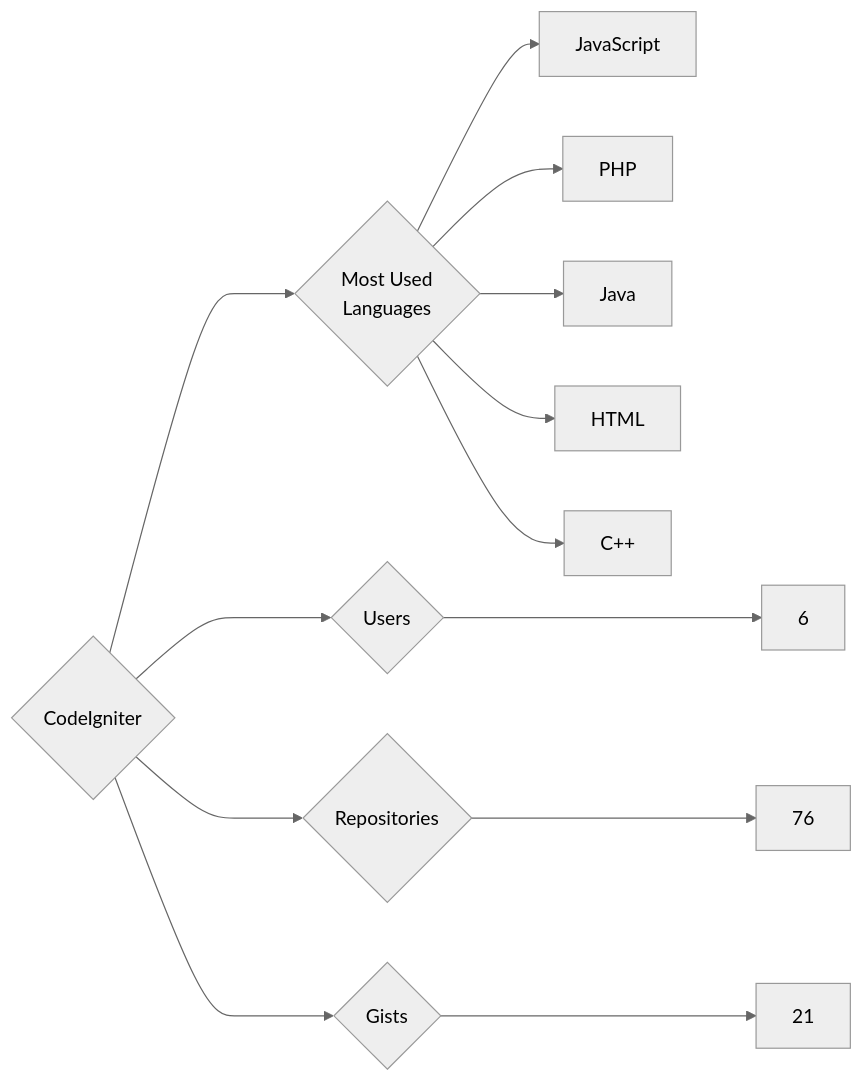
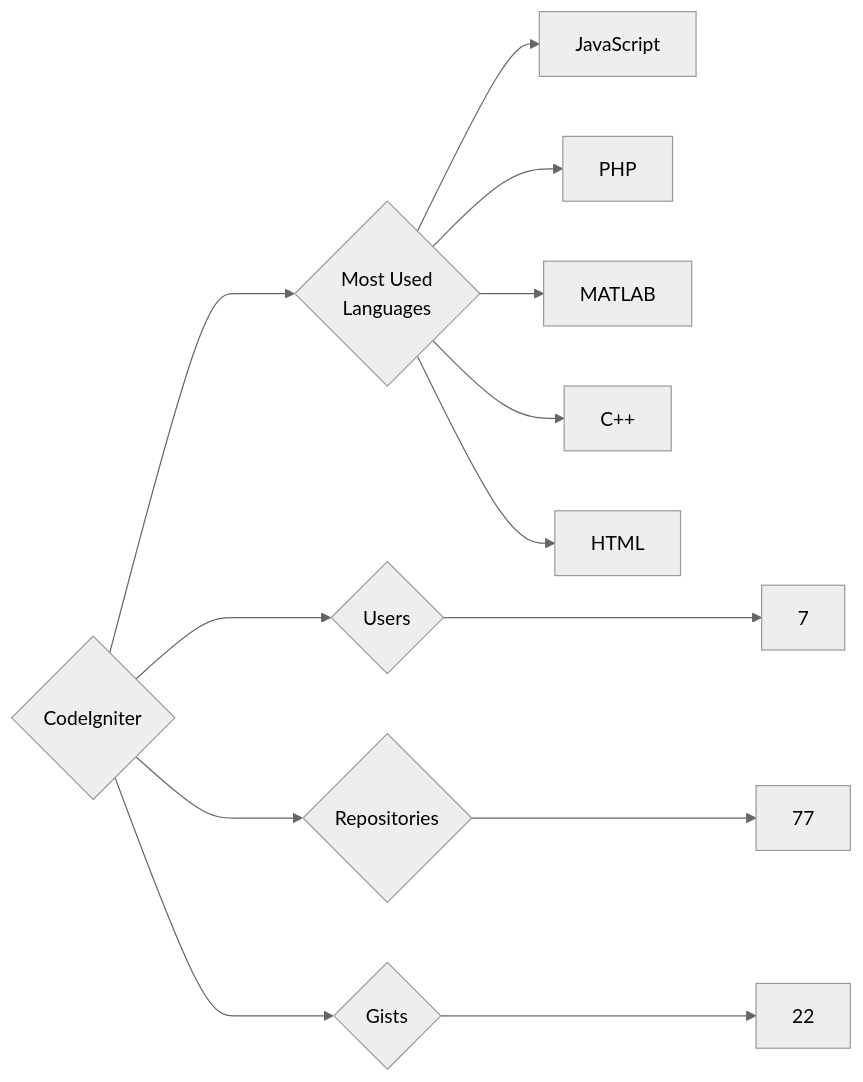
One commit to trickest/insiders changed the diagram in targets/CodeIgniter/README.md. Above: the diagram before and after it, drawn with Mermaid (neutral theme). The commit also changed 682 other files, not shown here.

````diff
--- a/targets/CodeIgniter/README.md
+++ b/targets/CodeIgniter/README.md
@@ -3,13 +3,13 @@
 ```mermaid
 graph LR
 COMPANY_NAME{CodeIgniter}
-COMPANY_NAME ---> U{Users} ---> UN[6]
-COMPANY_NAME ---> R{Repositories} ---> RN[76]
-COMPANY_NAME ---> G{Gists} ---> GN[21]
+COMPANY_NAME ---> U{Users} ---> UN[7]
+COMPANY_NAME ---> R{Repositories} ---> RN[77]
+COMPANY_NAME ---> G{Gists} ---> GN[22]
 COMPANY_NAME ---> ML{Most Used<br>Languages}
 ML --> JavaScript[JavaScript]
 ML --> PHP[PHP]
-ML --> Java[Java]
+ML --> MATLAB[MATLAB]
+ML --> C++[C++]
 ML --> HTML[HTML]
-ML --> C++[C++]
 ```
````
